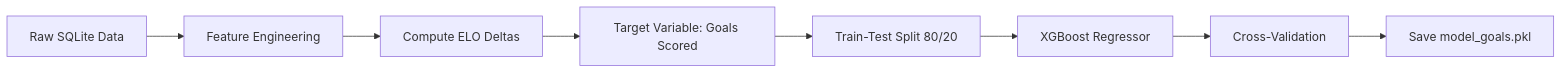
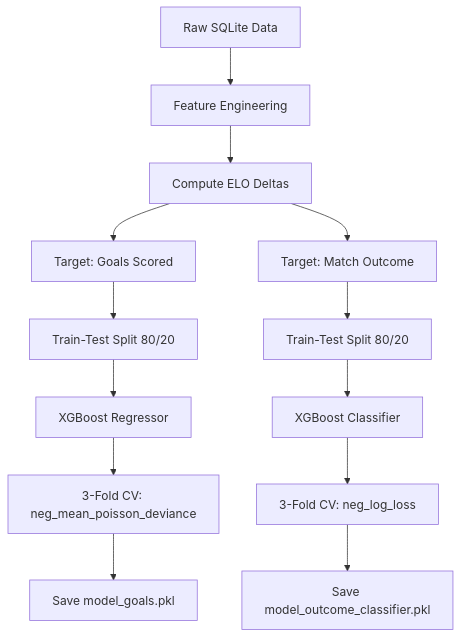
The third of 4 diagrams in README.md (SebasHuaypar/worldcup-predictive-engine-api), drawn with Mermaid before and after one commit. The commit also changed other lines of this file, not shown here.

Commit message:
docs: update README with dual-model architecture, Dixon-Coles parameters, and score calibration

````diff
--- a/README.md
+++ b/README.md
@@ -177,10 +189,20 @@
 ```mermaid
-flowchart LR
+flowchart TD
     A[Raw SQLite Data] --> B[Feature Engineering]
     B --> C[Compute ELO Deltas]
-    C --> D[Target Variable: Goals Scored]
-    D --> E[Train-Test Split 80/20]
-    E --> F[XGBoost Regressor]
-    F --> G[Cross-Validation]
-    G --> H[Save model_goals.pkl]
+    
+    C --> D1[Target: Goals Scored]
+    C --> D2[Target: Match Outcome]
+    
+    D1 --> E1[Train-Test Split 80/20]
+    D2 --> E2[Train-Test Split 80/20]
+    
+    E1 --> F1[XGBoost Regressor]
+    E2 --> F2[XGBoost Classifier]
+    
+    F1 --> G1[3-Fold CV: neg_mean_poisson_deviance]
+    F2 --> G2[3-Fold CV: neg_log_loss]
+    
+    G1 --> H1[Save model_goals.pkl]
+    G2 --> H2[Save model_outcome_classifier.pkl]
 ```
````
